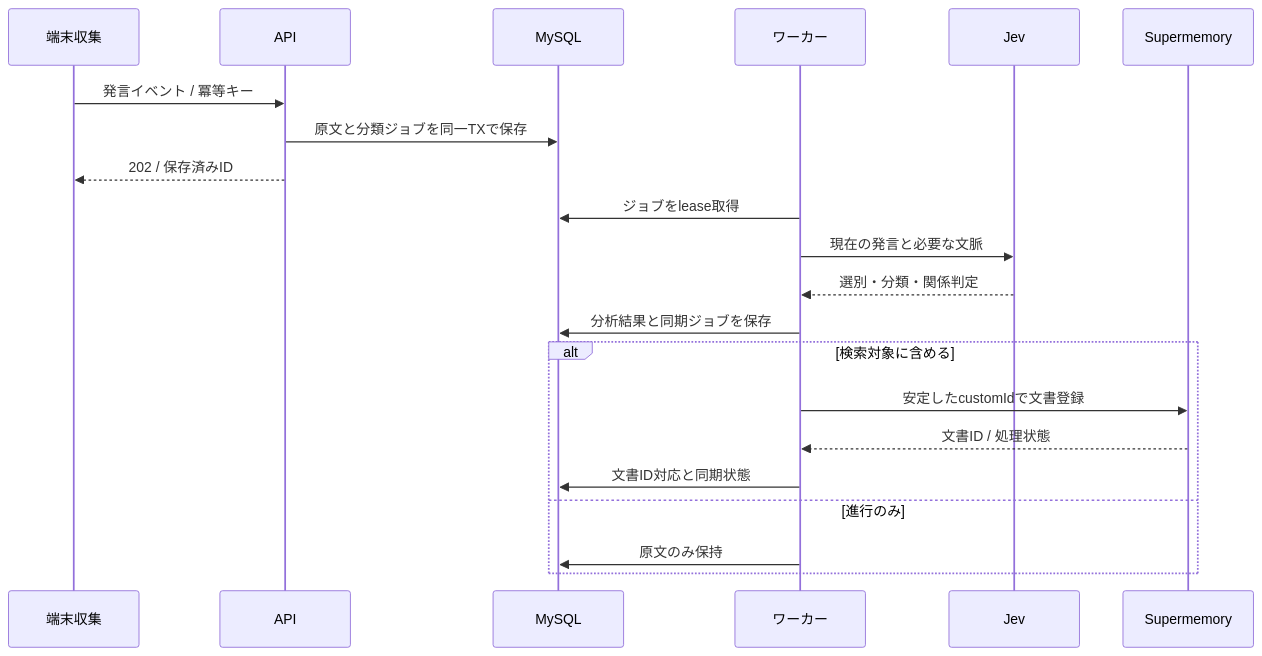
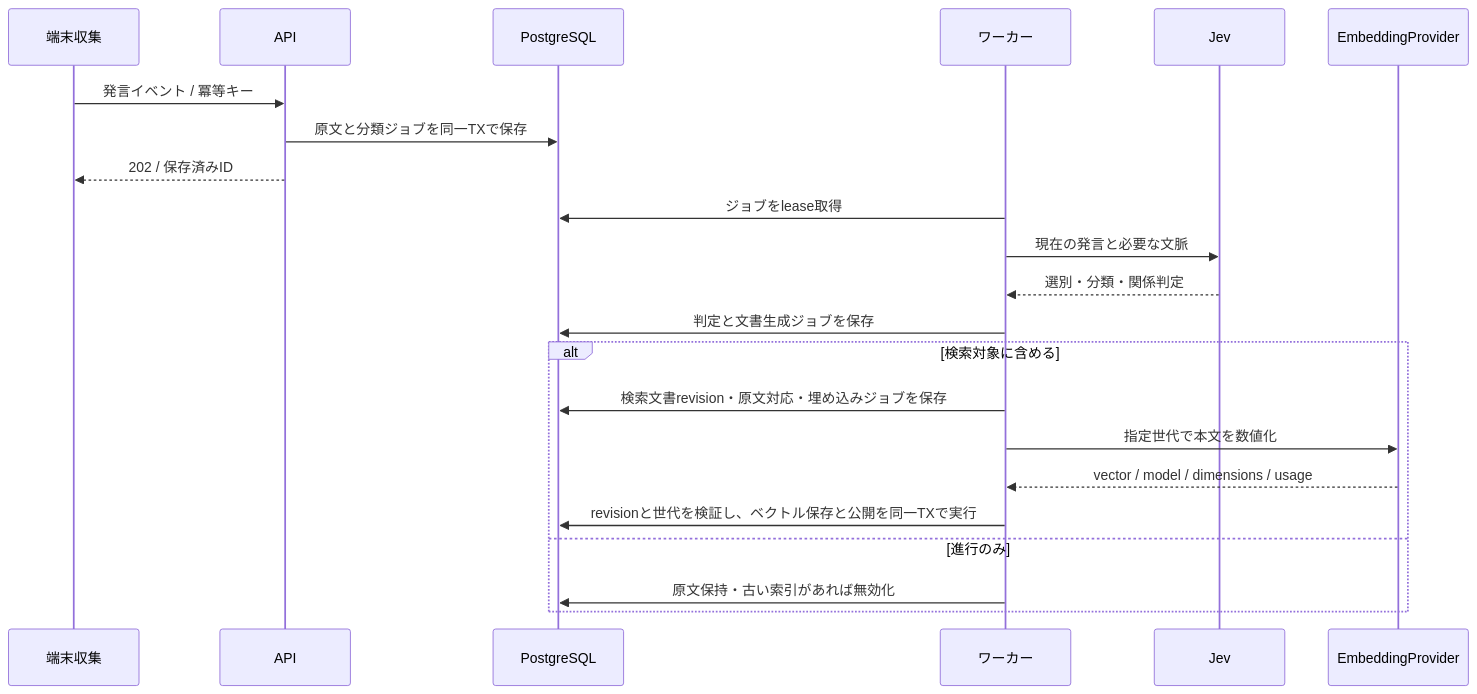
One commit to k2-dev0/yori changed the third of 5 diagrams in development-conversation-memory-implementation-plan.md. Above: the diagram before and after it, drawn with Mermaid. The commit also changed other lines of this file, not shown here.

Commit message:
development-conversation-memory-implementation-plan.md: PostgreSQLと自動先行検索への改訂を保存

````diff
--- a/development-conversation-memory-implementation-plan.md
+++ b/development-conversation-memory-implementation-plan.md
@@ -287,23 +388,24 @@
 ```mermaid
 sequenceDiagram
     participant C as 端末収集
     participant A as API
-    participant D as MySQL
+    participant D as PostgreSQL
     participant W as ワーカー
     participant J as Jev
-    participant S as Supermemory
+    participant E as EmbeddingProvider
     C->>A: 発言イベント / 冪等キー
     A->>D: 原文と分類ジョブを同一TXで保存
     A-->>C: 202 / 保存済みID
     W->>D: ジョブをlease取得
     W->>J: 現在の発言と必要な文脈
     J-->>W: 選別・分類・関係判定
-    W->>D: 分析結果と同期ジョブを保存
+    W->>D: 判定と文書生成ジョブを保存
     alt 検索対象に含める
-        W->>S: 安定したcustomIdで文書登録
-        S-->>W: 文書ID / 処理状態
-        W->>D: 文書ID対応と同期状態
+        W->>D: 検索文書revision・原文対応・埋め込みジョブを保存
+        W->>E: 指定世代で本文を数値化
+        E-->>W: vector / model / dimensions / usage
+        W->>D: revisionと世代を検証し、ベクトル保存と公開を同一TXで実行
     else 進行のみ
-        W->>D: 原文のみ保持
+        W->>D: 原文保持・古い索引があれば無効化
     end
 ```
````
